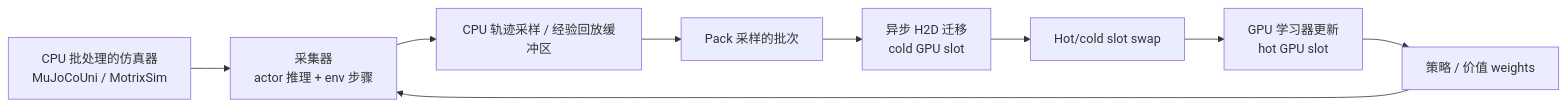
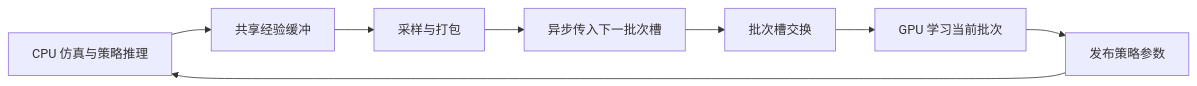
The diagram in wiki/concepts/HeterogeneousRobotRLTraining.md (niuverse/llm-wiki), drawn with Mermaid before and after one commit. The commit also changed other lines of this file and 317 other files, not shown here.

````diff
--- a/wiki/concepts/HeterogeneousRobotRLTraining.md
+++ b/wiki/concepts/HeterogeneousRobotRLTraining.md
@@ -48,11 +50,10 @@
 ```mermaid
 flowchart LR
-  A["CPU 批处理的仿真器<br/>MuJoCoUni / MotrixSim"] --> B["采集器<br/>actor 推理 + env 步骤"]
-  B --> C["CPU 轨迹采样 / 经验回放缓冲区"]
-  C --> D["Pack 采样的批次"]
-  D --> E["异步 H2D 迁移<br/>cold GPU slot"]
-  F["GPU 学习器更新<br/>hot GPU slot"] --> G["策略 / 价值 weights"]
-  G --> B
-  E --> H["Hot/cold slot swap"]
-  H --> F
+  A[CPU 仿真与策略推理] --> B[共享经验缓冲]
+  B --> C[采样与打包]
+  C --> D[异步传入下一批次槽]
+  D --> E[批次槽交换]
+  E --> F[GPU 学习当前批次]
+  F --> G[发布策略参数]
+  G --> A
 ```
````
